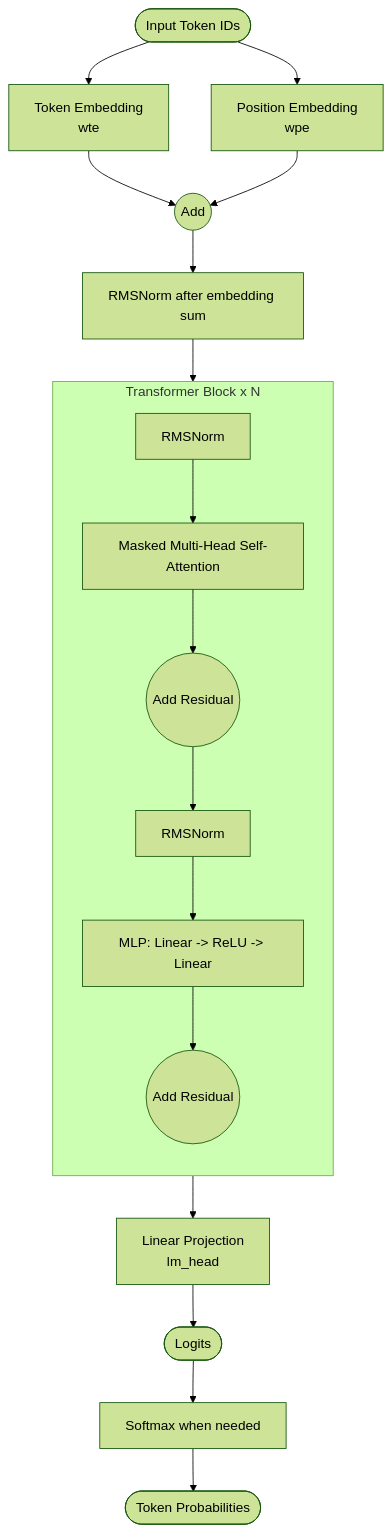
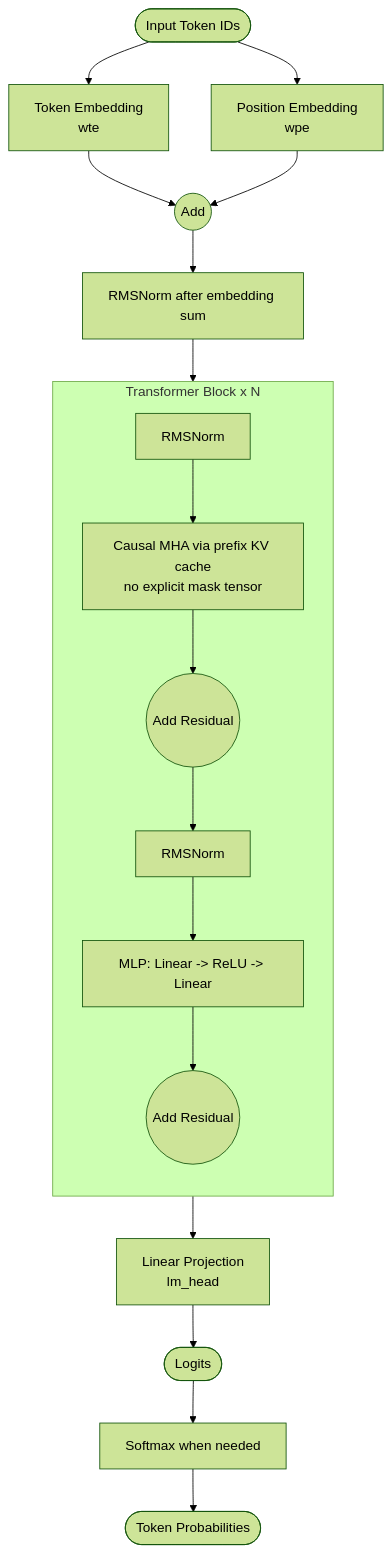
The second of 2 diagrams in gpt2-vs-microgpt.md (KEINOS/go-microgpt), drawn with Mermaid (forest theme) before and after one commit. The commit also changed other lines of this file and 1 other file, not shown here.

Commit message:
refactor: refine causal masking docs and unify K/V cache wording

````diff
--- a/gpt2-vs-microgpt.md
+++ b/gpt2-vs-microgpt.md
@@ -84,24 +67,24 @@
 ```mermaid
 flowchart TB
     IN([Input Token IDs]) --> WTE[Token Embedding\nwte]
     IN --> WPE[Position Embedding\nwpe]
     WTE --> ADD0((Add))
     WPE --> ADD0
     ADD0 --> N0[RMSNorm after embedding sum]
 
     N0 --> BLK
 
     subgraph BLK[Transformer Block x N]
         direction TB
-        N1[RMSNorm] --> ATTN[Masked Multi-Head Self-Attention]
+        N1[RMSNorm] --> ATTN[Causal MHA via prefix KV cache<br/>no explicit mask tensor]
         ATTN --> ADD1((Add Residual))
         ADD1 --> N2[RMSNorm]
         N2 --> MLP[MLP: Linear -> ReLU -> Linear]
         MLP --> ADD2((Add Residual))
     end
 
     ADD2 --> HEAD[Linear Projection\nlm_head]
     HEAD --> LOGITS([Logits])
     LOGITS --> SMX[Softmax when needed]
     SMX --> OUT([Token Probabilities])
 ```
````
